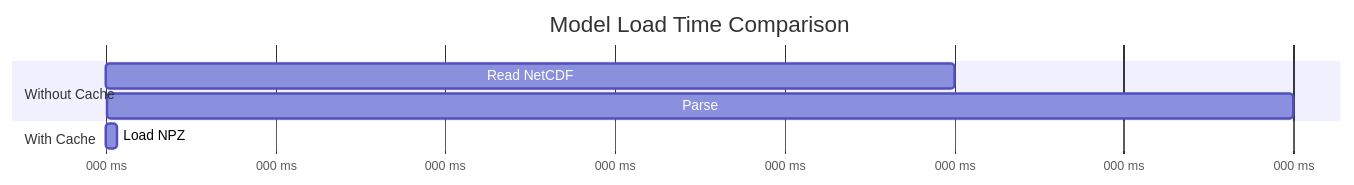
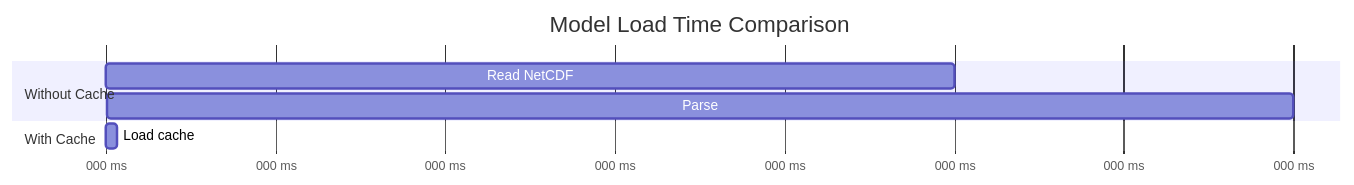
Before and after one commit to tkykszk/pyTMD_turbo: the third of 6 diagrams in docs/cache.md, drawn with Mermaid. The commit also changed other lines of this file and 47 other files, not shown here.

````diff
--- a/docs/cache.md
+++ b/docs/cache.md
@@ -299,13 +299,13 @@
 ```mermaid
 gantt
     title Model Load Time Comparison
     dateFormat X
     axisFormat %L ms
 
     section Without Cache
     Read NetCDF    :0, 1500
     Parse          :1500, 2100
 
     section With Cache
-    Load NPZ       :0, 20
+    Load cache     :0, 20
 ```
````
